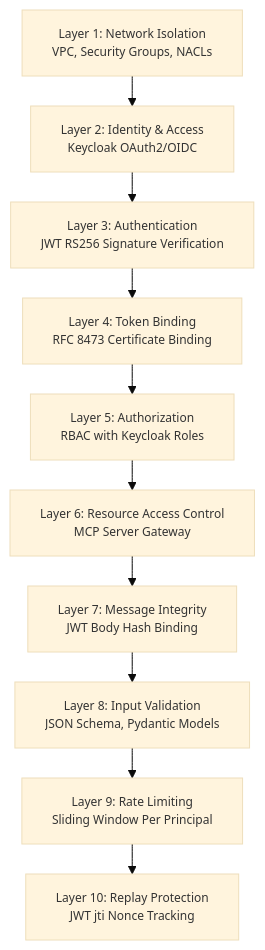
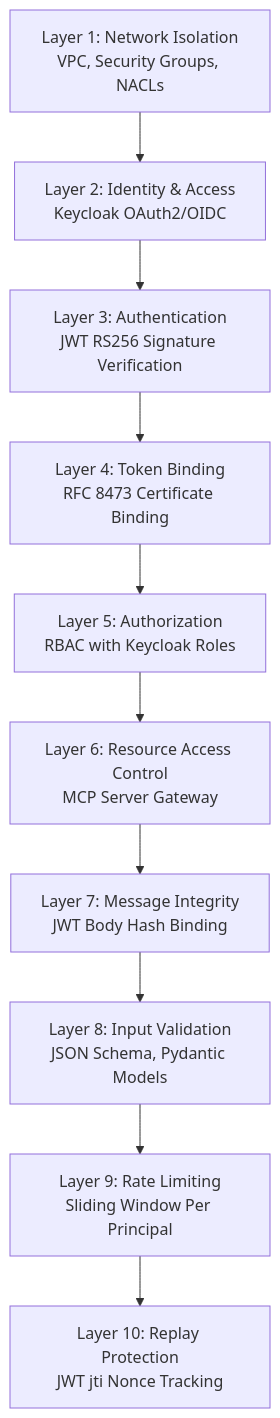
One commit to jaafar-benabderrazak/ca_a2a changed the third of 10 diagrams in CA_A2A_COMPLETE_SECURITY_DOCUMENTATION.md. Above: the diagram before and after it, drawn with Mermaid. The commit also changed other lines of this file, not shown here.

Commit message:
Make Mermaid blocks Obsidian-compatible

````diff
--- a/CA_A2A_COMPLETE_SECURITY_DOCUMENTATION.md
+++ b/CA_A2A_COMPLETE_SECURITY_DOCUMENTATION.md
@@ -264,18 +262,17 @@
 ```mermaid
-%%{init: {"theme":"base","themeVariables":{"fontSize":"12px"},"flowchart":{"nodeSpacing":25,"rankSpacing":30}}}%%
 graph TB
     L1["Layer 1: Network Isolation<br/>VPC, Security Groups, NACLs"]
     L2["Layer 2: Identity & Access<br/>Keycloak OAuth2/OIDC"]
     L3["Layer 3: Authentication<br/>JWT RS256 Signature Verification"]
     L4["Layer 4: Token Binding<br/>RFC 8473 Certificate Binding"]
     L5["Layer 5: Authorization<br/>RBAC with Keycloak Roles"]
     L6["Layer 6: Resource Access Control<br/>MCP Server Gateway"]
     L7["Layer 7: Message Integrity<br/>JWT Body Hash Binding"]
     L8["Layer 8: Input Validation<br/>JSON Schema, Pydantic Models"]
     L9["Layer 9: Rate Limiting<br/>Sliding Window Per Principal"]
     L10["Layer 10: Replay Protection<br/>JWT jti Nonce Tracking"]
     
     L1 --> L2 --> L3 --> L4 --> L5 --> L6 --> L7 --> L8 --> L9 --> L10
     
     %% Styling intentionally removed for readability (no color blocks).
 ```
````
